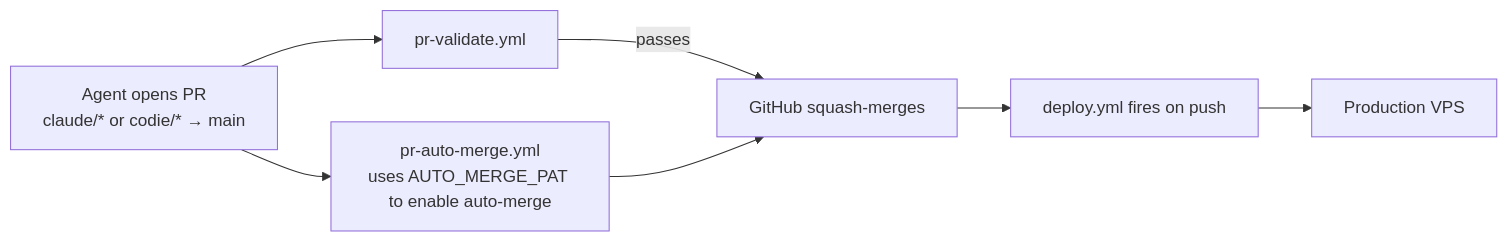
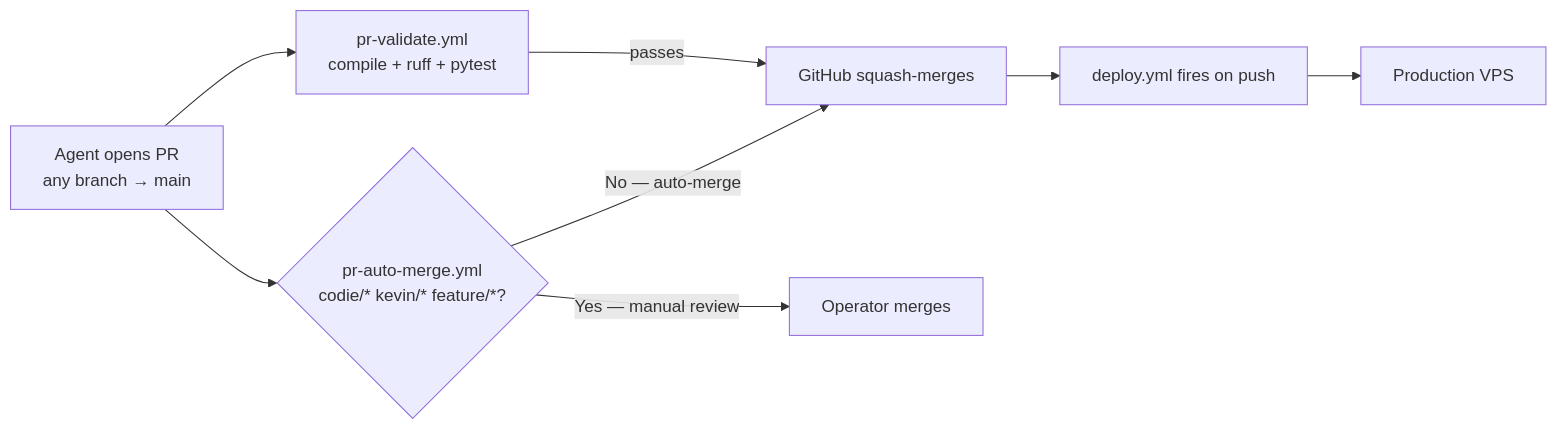
Before and after one commit to Kjdragan/universal_agent: the first of 2 diagrams in docs/06_Deployment_And_Environments/04_Branching_And_Release_Workflow.md, drawn with Mermaid. The commit also changed other lines of this file and 3 other files, not shown here.

First line of the commit message:
docs: update auto-merge policy across all CI/CD docs (2026-05-17)

````diff
--- a/docs/06_Deployment_And_Environments/04_Branching_And_Release_Workflow.md
+++ b/docs/06_Deployment_And_Environments/04_Branching_And_Release_Workflow.md
@@ -141,9 +154,10 @@
 ```mermaid
 flowchart LR
-    A[Agent opens PR<br/>claude/* or codie/* → main] --> B[pr-validate.yml]
-    A --> C[pr-auto-merge.yml<br/>uses AUTO_MERGE_PAT to enable auto-merge]
-    B -->|passes| D[GitHub squash-merges]
-    C --> D
-    D --> E[deploy.yml fires on push]
-    E --> F[Production VPS]
+    A[Agent opens PR<br/>any branch → main] --> B[pr-validate.yml<br/>compile + ruff + pytest]
+    A --> C{pr-auto-merge.yml<br/>codie/* kevin/* feature/*?}
+    C -->|No — auto-merge| D[GitHub squash-merges]
+    C -->|Yes — manual review| E[Operator merges]
+    B -->|passes| D
+    D --> F[deploy.yml fires on push]
+    F --> G[Production VPS]
 ```
````
